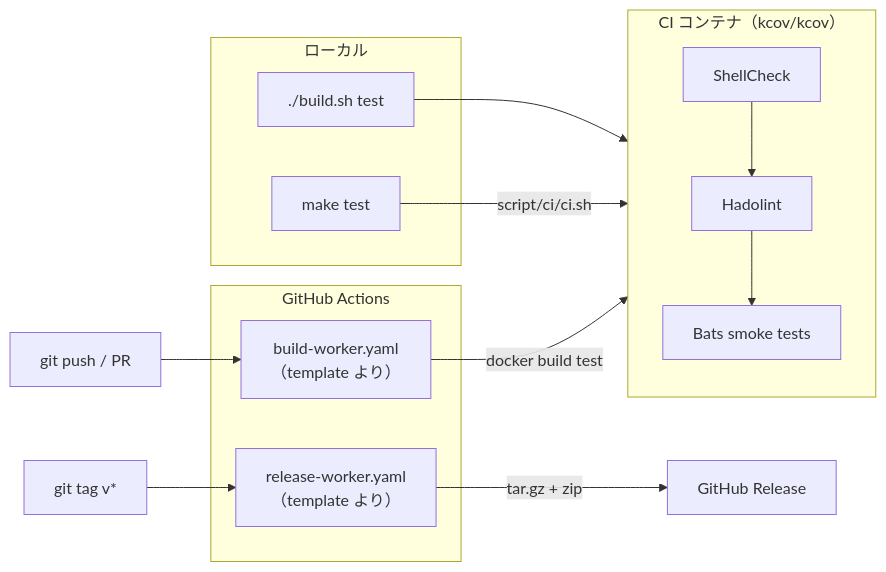
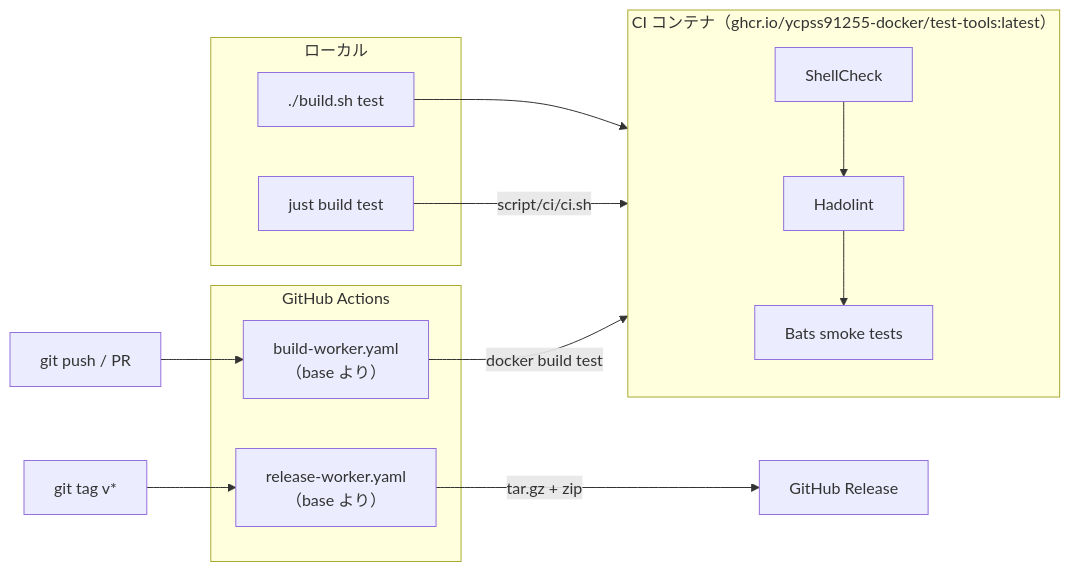
Before and after one commit to ycpss91255-docker/codex_cli: the second of 2 diagrams in .base/doc/readme/README.ja.md, drawn with Mermaid. The commit also changed other lines of this file and 137 other files, not shown here.

````diff
--- a/.base/doc/readme/README.ja.md
+++ b/.base/doc/readme/README.ja.md
@@ -81,27 +81,27 @@
 ```mermaid
 flowchart LR
     subgraph local["ローカル"]
         build_test["./build.sh test"]
-        make_test["make test"]
+        make_test["just build test"]
     end
 
-    subgraph ci_container["CI コンテナ（kcov/kcov）"]
+    subgraph ci_container["CI コンテナ（ghcr.io/ycpss91255-docker/test-tools:latest）"]
         shellcheck["ShellCheck"]
         hadolint["Hadolint"]
         bats["Bats smoke tests"]
     end
 
     subgraph github["GitHub Actions"]
-        build_worker["build-worker.yaml<br/>（template より）"]
-        release_worker["release-worker.yaml<br/>（template より）"]
+        build_worker["build-worker.yaml<br/>（base より）"]
+        release_worker["release-worker.yaml<br/>（base より）"]
     end
 
     build_test --> ci_container
     make_test -->|"script/ci/ci.sh"| ci_container
     shellcheck --> hadolint --> bats
 
     push["git push / PR"] --> build_worker
     build_worker -->|"docker build test"| ci_container
     tag["git tag v*"] --> release_worker
     release_worker -->|"tar.gz + zip"| release["GitHub Release"]
 ```
````
